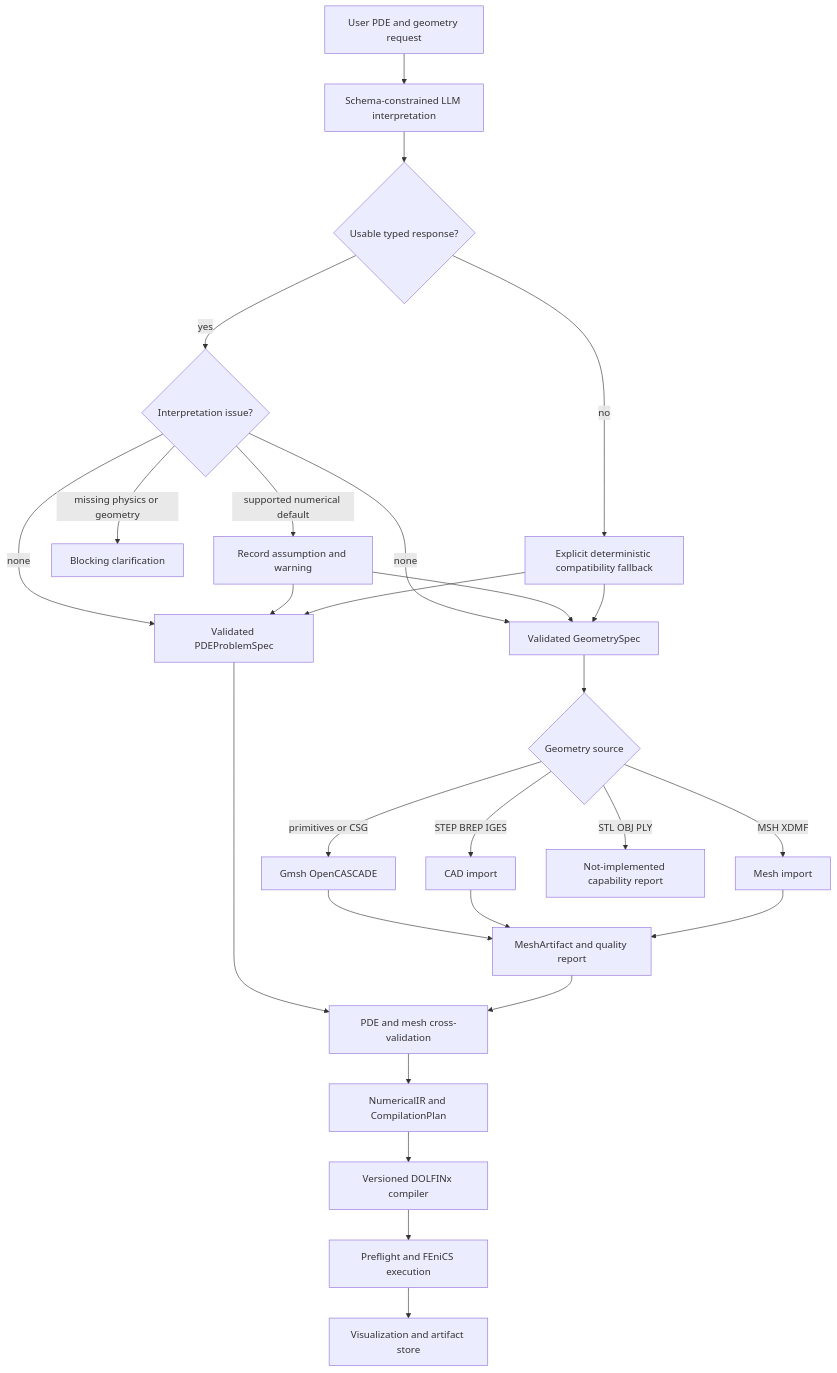
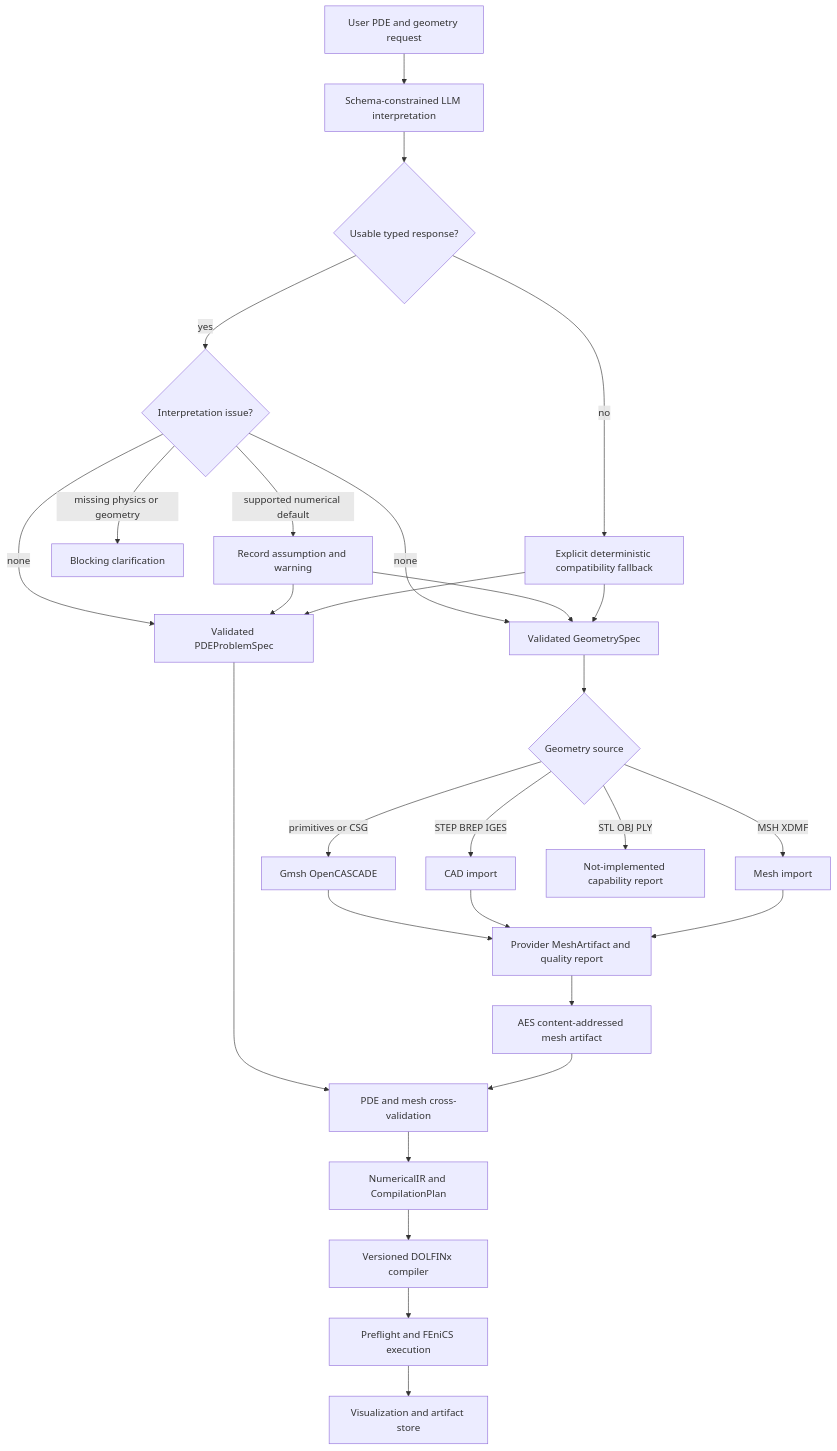
One commit to RadmirG/AES changed the eighth of 10 diagrams in docs/architecture.md. Above: the diagram before and after it, drawn with Mermaid. The commit also changed 20 other files, not shown here.

````diff
--- a/docs/architecture.md
+++ b/docs/architecture.md
@@ -261,29 +261,30 @@
 ```mermaid
 flowchart TD
     A["User PDE and geometry request"] --> B["Schema-constrained LLM interpretation"]
     B --> BI{"Usable typed response?"}
     BI -->|yes| BA{"Interpretation issue?"}
     BA -->|none| C["Validated PDEProblemSpec"]
     BA -->|none| D["Validated GeometrySpec"]
     BA -->|supported numerical default| BW["Record assumption and warning"]
     BW --> C
     BW --> D
     BA -->|missing physics or geometry| BC["Blocking clarification"]
     BI -->|no| BF["Explicit deterministic compatibility fallback"]
     BF --> C
     BF --> D
     D --> E{"Geometry source"}
     E -->|primitives or CSG| F["Gmsh OpenCASCADE"]
     E -->|STEP BREP IGES| G["CAD import"]
     E -->|MSH XDMF| H["Mesh import"]
     E -->|STL OBJ PLY| I["Not-implemented capability report"]
-    F --> J["MeshArtifact and quality report"]
+    F --> J["Provider MeshArtifact and quality report"]
     G --> J
     H --> J
+    J --> JA["AES content-addressed mesh artifact"]
     C --> K["PDE and mesh cross-validation"]
-    J --> K
+    JA --> K
     K --> L["NumericalIR and CompilationPlan"]
     L --> M["Versioned DOLFINx compiler"]
     M --> N["Preflight and FEniCS execution"]
     N --> O["Visualization and artifact store"]
 ```
````
